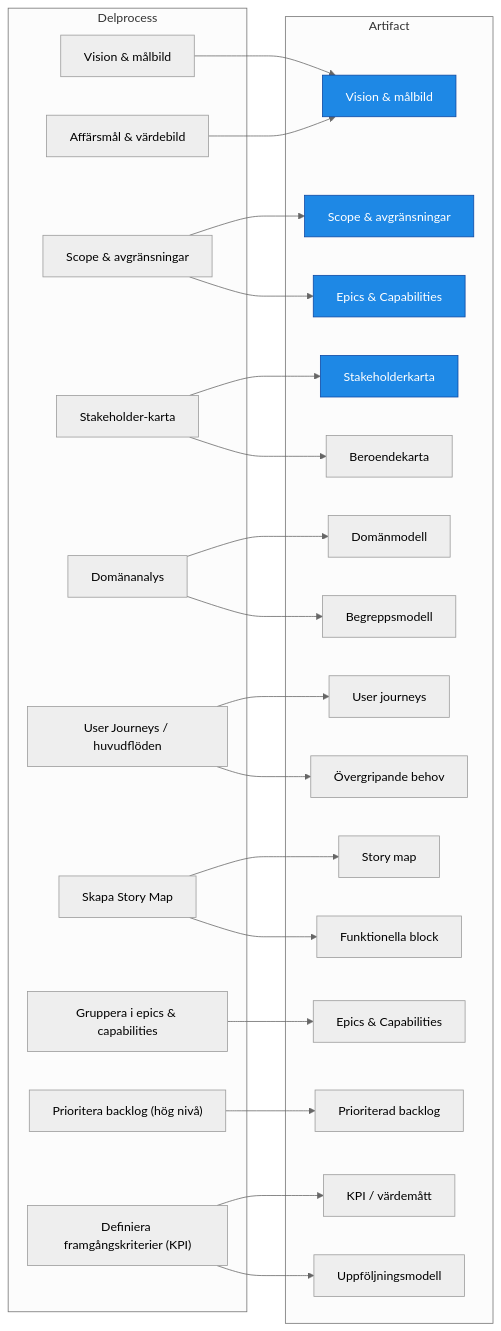
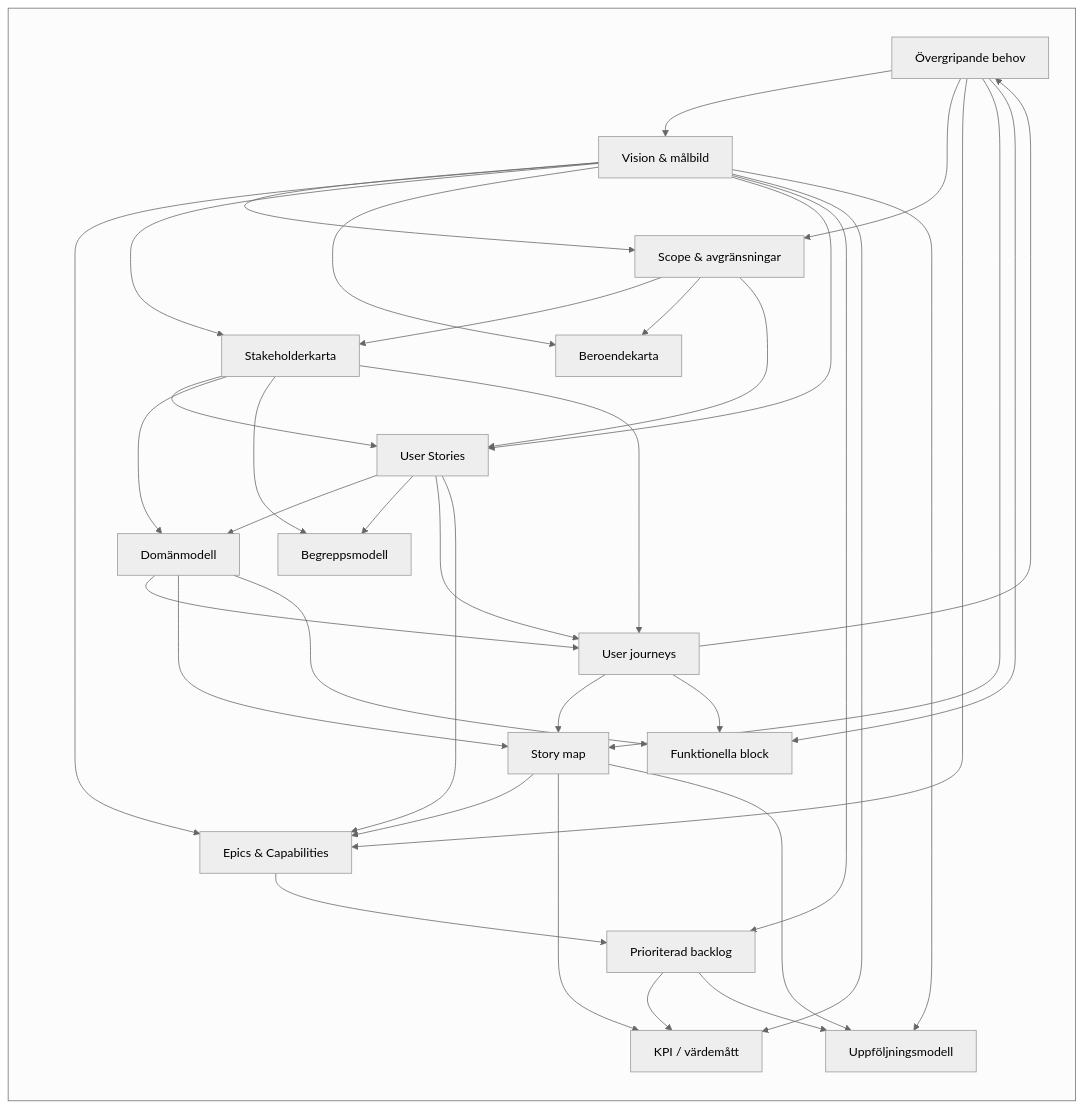
Before and after one commit to Riniga/valuestream-os: the first of 2 diagrams in docs/artifacts/Artifacts.md, drawn with Mermaid (neutral theme). The commit also changed other lines of this file and 3 other files, not shown here.

````diff
--- a/docs/artifacts/Artifacts.md
+++ b/docs/artifacts/Artifacts.md
@@ -64,62 +7,61 @@
 ```mermaid
 flowchart LR
-    subgraph "Delprocess"
-        D1["Vision & målbild"]
-        D2["Affärsmål & värdebild"]
-        D3["Scope & avgränsningar"]
-        D4["Stakeholder-karta"]
-        D5["Domänanalys"]
-        D6["User Journeys / huvudflöden"]
-        D7["Skapa Story Map"]
-        D8["Gruppera i epics & capabilities"]
-        D9["Prioritera backlog (hög nivå)"]
-        D0["Definiera framgångskriterier (KPI)"]
-    end
+  subgraph mal[" "]
+    OB["Övergripande behov"]
+    VM["Vision & målbild"]
+    SA["Scope & avgränsningar"]
+    SK["Stakeholderkarta"]
+    BK["Beroendekarta"]
+    US["User Stories"]
+    UJ["User journeys"]
+    SM["Story map"]
+    FB["Funktionella block"]
+    EC["Epics & Capabilities"]
+    PB["Prioriterad backlog"]
+    KPI["KPI / värdemått"]
+    UM["Uppföljningsmodell"]
+    DM["Domänmodell"]
+    BM["Begreppsmodell"]
+  end
 
-    subgraph "Artifact"
-        A1["Vision & målbild"]
-        A2["Scope & avgränsningar"]
-        A3["Epics & Capabilities"]
-        A4["Stakeholderkarta"]
-        A5["Beroendekarta"]
-        A6["Domänmodell"]
-        A7["Begreppsmodell"]
-        A8["User journeys"]
-        A9["Övergripande behov"]
-        A10["Story map"]
-        A11["Funktionella block"]
-        A12["Epics & Capabilities"]
-        A13["Prioriterad backlog"]
-        A14["KPI / värdemått"]
-        A15["Uppföljningsmodell"]
-    end
+    OB --> VM
+    OB --> SA
+    OB --> EC
+
+    VM --> SA
+    VM --> EC
+
+    SA --> SK
+    VM --> SK
+    SA --> BK
+    VM --> BK
+    VM --> US
+    SA --> US
+    SK --> US
+    SK --> DM
+    US --> DM
+    SK --> BM
+    US --> BM
+    DM --> UJ
+    US --> UJ
+    SK --> UJ
+    UJ --> OB
+    UJ --> SM
+    DM --> SM
+    OB --> SM
+    UJ --> FB
+    DM --> FB
+    OB --> FB
+    SM --> EC
+    US --> EC
+    EC --> PB
+    VM --> PB
+    VM --> KPI
+    PB --> KPI
+    SM --> KPI
+    VM --> UM
+    PB --> UM
+    SM --> UM
 
 
-    D1 --> A1
-    D2 --> A1
-    D3 --> A2
-    D3 --> A3
-    D4 --> A4
-    D4 --> A5
-    D5 --> A6
-    D5 --> A7
-    D6 --> A8
-    D6 --> A9
-    D7 --> A10
-    D7 --> A11
-    D8 --> A12
-    D9 --> A13
-    D0 --> A14
-    D0 --> A15
-
-
-
-    %% STYLING
-    classDef seq fill:#1e88e5,stroke:#0d47a1,color:#fff;
-    classDef par fill:#43a047,stroke:#1b5e20,color:#fff;
-    classDef slut fill:#6a1b9a,stroke:#4a148c,color:#fff;
-
-    class A1,A2,A3,A4 seq;
-    class B1,B2,B3 par;
-    class C1,C2,C3 slut;
 ```
````
